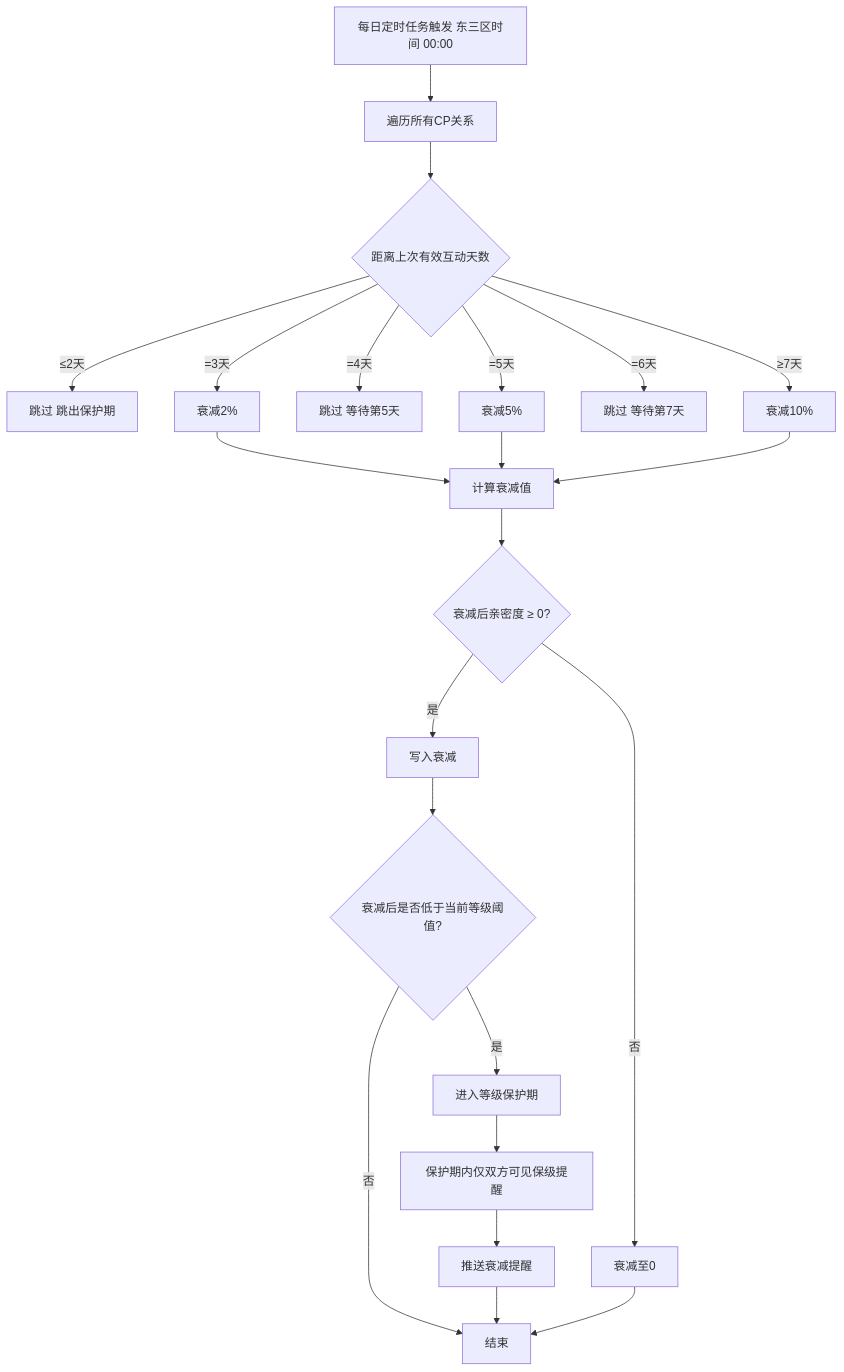
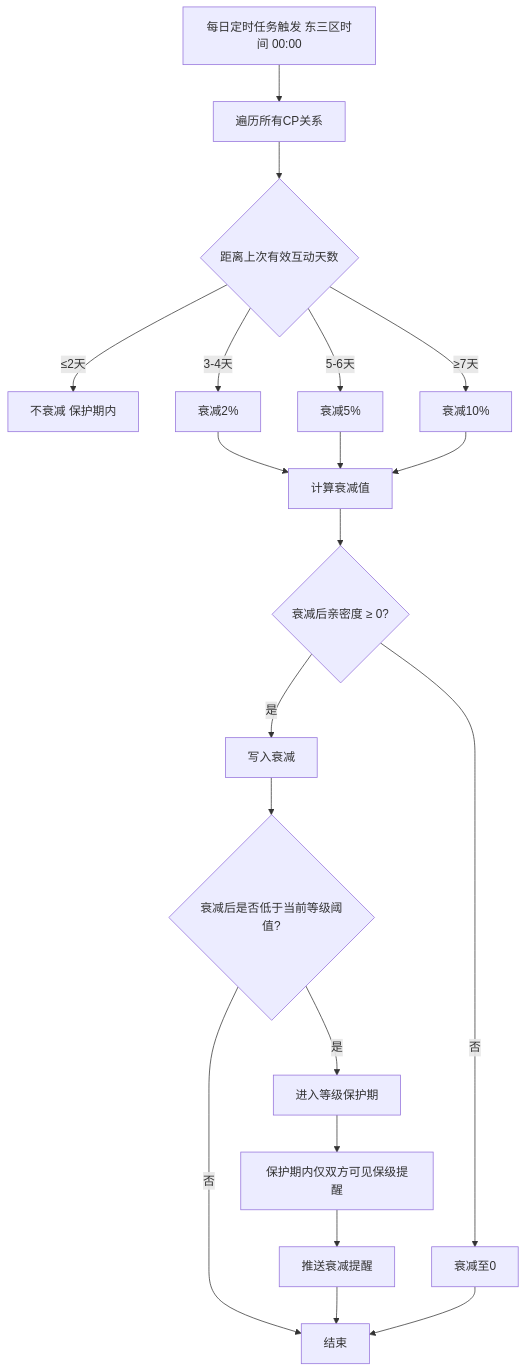
One commit to kocekid/CP1.0-Requirements changed the ninth of 24 diagrams in CP系统需求文档_v1.0.md. Above: the diagram before and after it, drawn with Mermaid. The commit also changed other lines of this file, not shown here.

````diff
--- a/CP系统需求文档_v1.0.md
+++ b/CP系统需求文档_v1.0.md
@@ -895,28 +983,26 @@
 ```mermaid
 flowchart TD
     A[每日定时任务触发 东三区时间 00:00] --> B[遍历所有CP关系]
     B --> C{距离上次有效互动天数}
-    C -->|≤2天| D[跳过 跳出保护期]
-    C -->|=3天| E[衰减2%]
-    C -->|=4天| F[跳过 等待第5天]
-    C -->|=5天| G[衰减5%]
-    C -->|=6天| H[跳过 等待第7天]
+    C -->|≤2天| D[不衰减 保护期内]
+    C -->|3-4天| E[衰减2%]
+    C -->|5-6天| G[衰减5%]
     C -->|≥7天| I[衰减10%]
     
     E --> J[计算衰减值]
     G --> J
     I --> J
     
     J --> K{衰减后亲密度 ≥ 0?}
     K -->|是| L[写入衰减]
     K -->|否| M[衰减至0]
     
     L --> 指定数量{衰减后是否低于当前等级阈值?}
     指定数量 -->|是| O[进入等级保护期]
     指定数量 -->|否| P[结束]
     
     O --> Q[保护期内仅双方可见保级提醒]
     Q --> R[推送衰减提醒]
     R --> P
     M --> P
 ```
````
